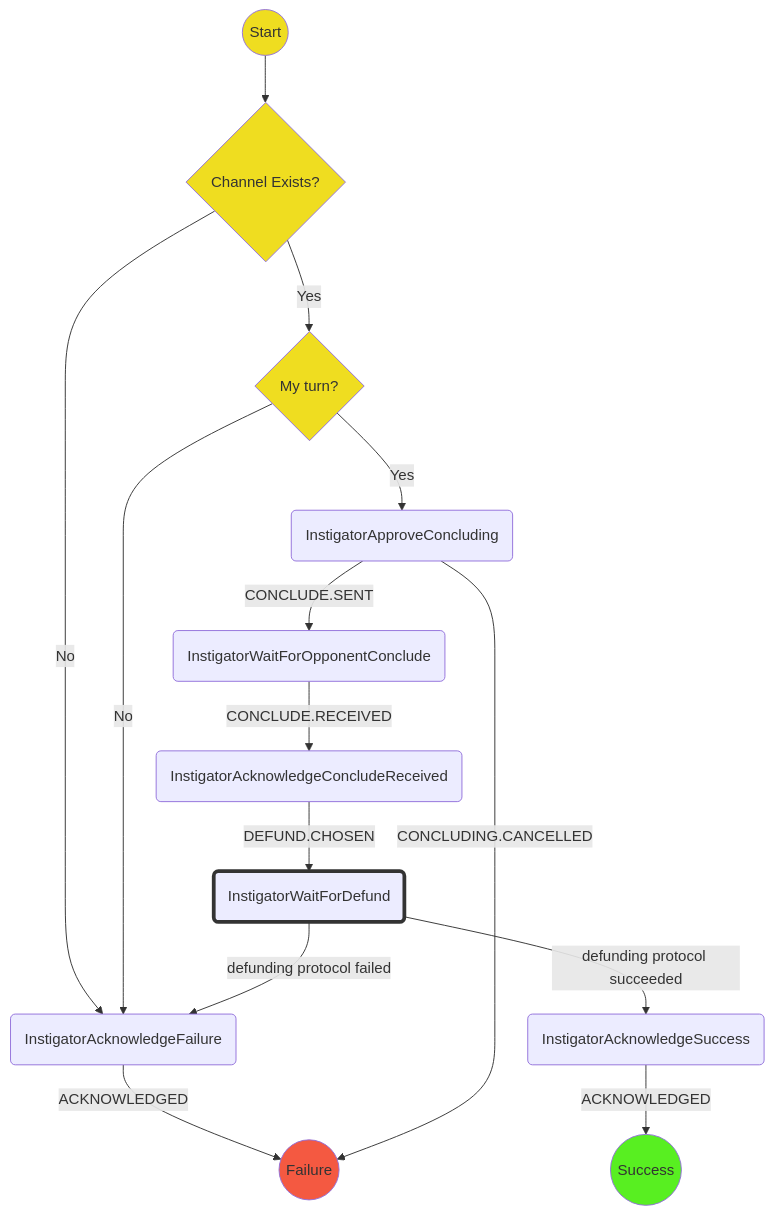
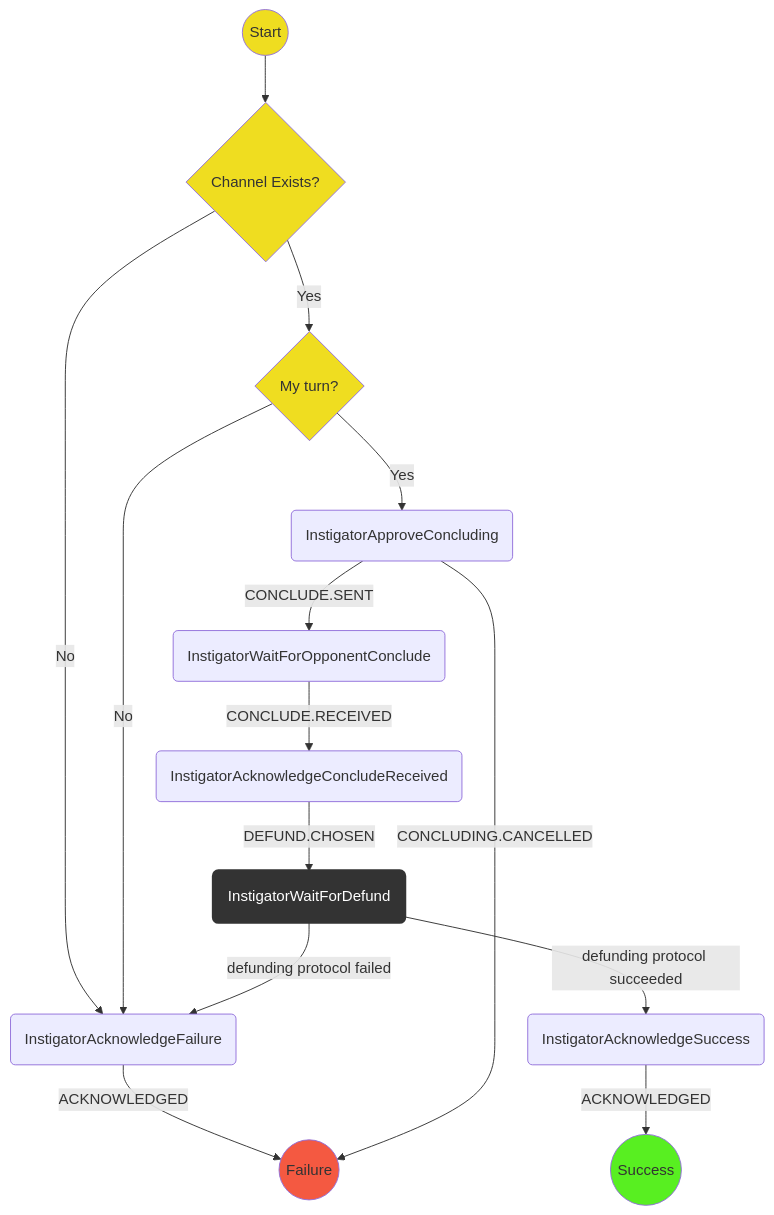
The diagram in packages/rps/packages/wallet/src/redux/protocols/concluding/instigator/readme.md (statechannels/statechannels), drawn with Mermaid before and after one commit. The commit also changed 88 other files, not shown here.

````diff
--- a/packages/rps/packages/wallet/src/redux/protocols/concluding/instigator/readme.md
+++ b/packages/rps/packages/wallet/src/redux/protocols/concluding/instigator/readme.md
@@ -21,22 +21,25 @@
 ```mermaid
 graph TD
+linkStyle default interpolate basis
   S((Start)) --> E{Channel Exists?}
   E --> |No| AF(InstigatorAcknowledgeFailure)
   AF -->|ACKNOWLEDGED| F((Failure))
   E --> |Yes| MT{My turn?}
   MT  --> |Yes| CC(InstigatorApproveConcluding)
   MT  --> |No| AF(InstigatorAcknowledgeFailure)
   CC  --> |CONCLUDING.CANCELLED| F
   CC  --> |CONCLUDE.SENT| WOC(InstigatorWaitForOpponentConclude)
   WOC --> |CONCLUDE.RECEIVED| ACR(InstigatorAcknowledgeConcludeReceived)
   ACR --> |DEFUND.CHOSEN| D(InstigatorWaitForDefund)
   D   --> |defunding protocol succeeded| AS(InstigatorAcknowledgeSuccess)
   AS -->  |ACKNOWLEDGED| SS((Success))
   D   --> |defunding protocol failed| AF(InstigatorAcknowledgeFailure)
-  style S  fill:#efdd20
-  style E  fill:#efdd20
-  style MT fill:#efdd20
-  style SS fill:#58ef21
-  style F  fill:#f45941
-  style D stroke:#333,stroke-width:4px
+  classDef logic fill:#efdd20;
+  classDef Success fill:#58ef21;
+  classDef Failure fill:#f45941;
+  classDef WaitForChildProtocol stroke:#333,stroke-width:4px,color:#ffff,fill:#333;
+  class S,E,MT logic;
+  class SS Success;
+  class F Failure;
+  class D WaitForChildProtocol;
 ```
````
